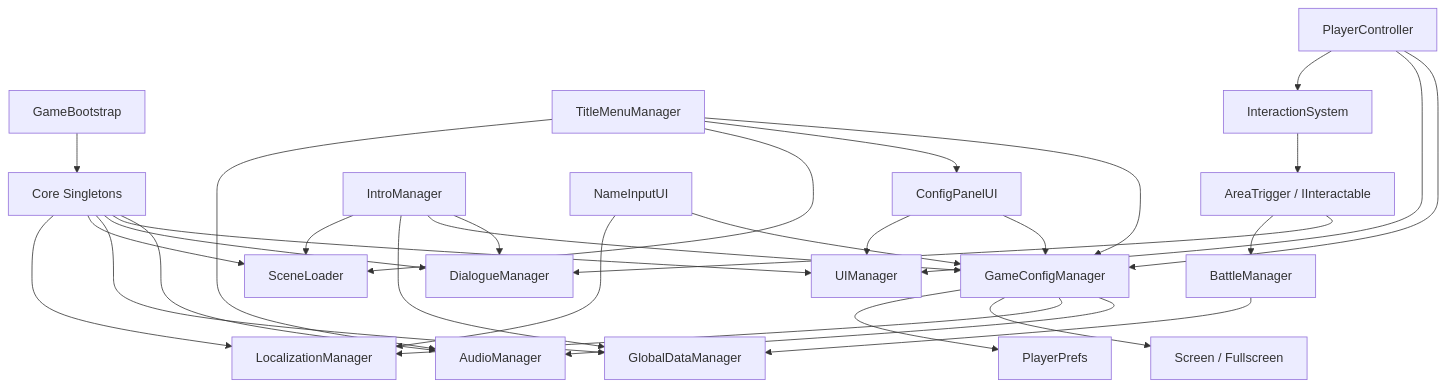
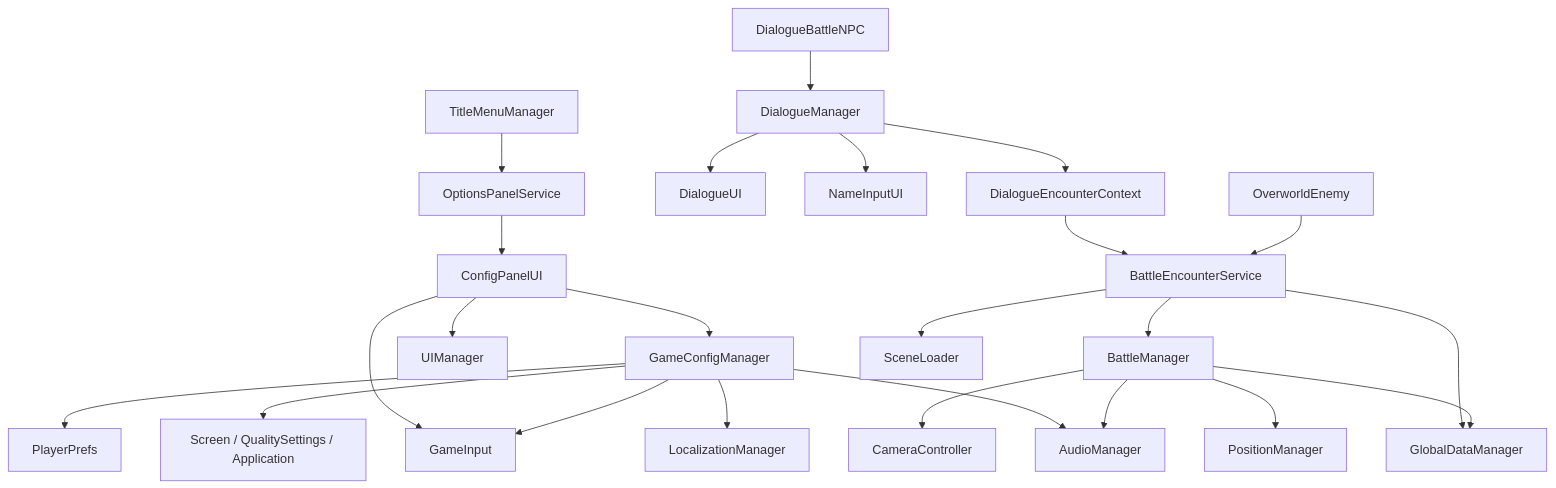
One commit to LAPILA/HubToHome changed the diagram in AIAssets/architecture.md. Above: the diagram before and after it, drawn with Mermaid. The commit also changed other lines of this file and 25 other files, not shown here.

````diff
--- a/AIAssets/architecture.md
+++ b/AIAssets/architecture.md
@@ -44,40 +46,29 @@
 ```mermaid
 flowchart TD
-    Bootstrap["GameBootstrap"] --> Core["Core Singletons"]
-    Core --> Audio["AudioManager"]
-    Core --> UI["UIManager"]
-    Core --> Dialogue["DialogueManager"]
-    Core --> Global["GlobalDataManager"]
-    Core --> Scene["SceneLoader"]
-    Core --> Local["LocalizationManager"]
-
-    Config["GameConfigManager"] --> Audio
-    Config --> Local
-    Config --> Screen["Screen / Fullscreen"]
+    Title["TitleMenuManager"] --> Options["OptionsPanelService"]
+    Options --> ConfigUI["ConfigPanelUI"]
+    ConfigUI --> Config["GameConfigManager"]
+    ConfigUI --> UI["UIManager"]
+    ConfigUI --> Input["GameInput"]
+    Config --> Input
+    Config --> Audio["AudioManager"]
+    Config --> Local["LocalizationManager"]
+    Config --> Screen["Screen / QualitySettings / Application"]
     Config --> Prefs["PlayerPrefs"]
 
-    Title["TitleMenuManager"] --> Config
-    Title --> Panel["ConfigPanelUI"]
-    Title --> Scene
-    Title --> Audio
+    DialogueNPC["DialogueBattleNPC"] --> DialogueMgr["DialogueManager"]
+    DialogueMgr --> DialogueUI["DialogueUI"]
+    DialogueMgr --> NameInput["NameInputUI"]
+    DialogueMgr --> Context["DialogueEncounterContext"]
+    Context --> Encounter["BattleEncounterService"]
 
-    Panel --> Config
-    Panel --> UI
+    OverworldEnemy["OverworldEnemy"] --> Encounter
+    Encounter --> Global["GlobalDataManager"]
+    Encounter --> Battle["BattleManager"]
+    Encounter --> Scene["SceneLoader"]
 
-    Intro["IntroManager"] --> Dialogue
-    Intro --> Config
-    Intro --> Global
-    Intro --> Scene
-
-    NameInput["NameInputUI"] --> Config
-    NameInput --> Local
-
-    Player["PlayerController"] --> Config
-    Player --> UI
-    Player --> Interact["InteractionSystem"]
-
-    Interact --> Trigger["AreaTrigger / IInteractable"]
-    Trigger --> Dialogue
-    Trigger --> Battle["BattleManager"]
     Battle --> Global
+    Battle --> Audio
+    Battle --> Position["PositionManager"]
+    Battle --> Camera["CameraController"]
 ```
````
